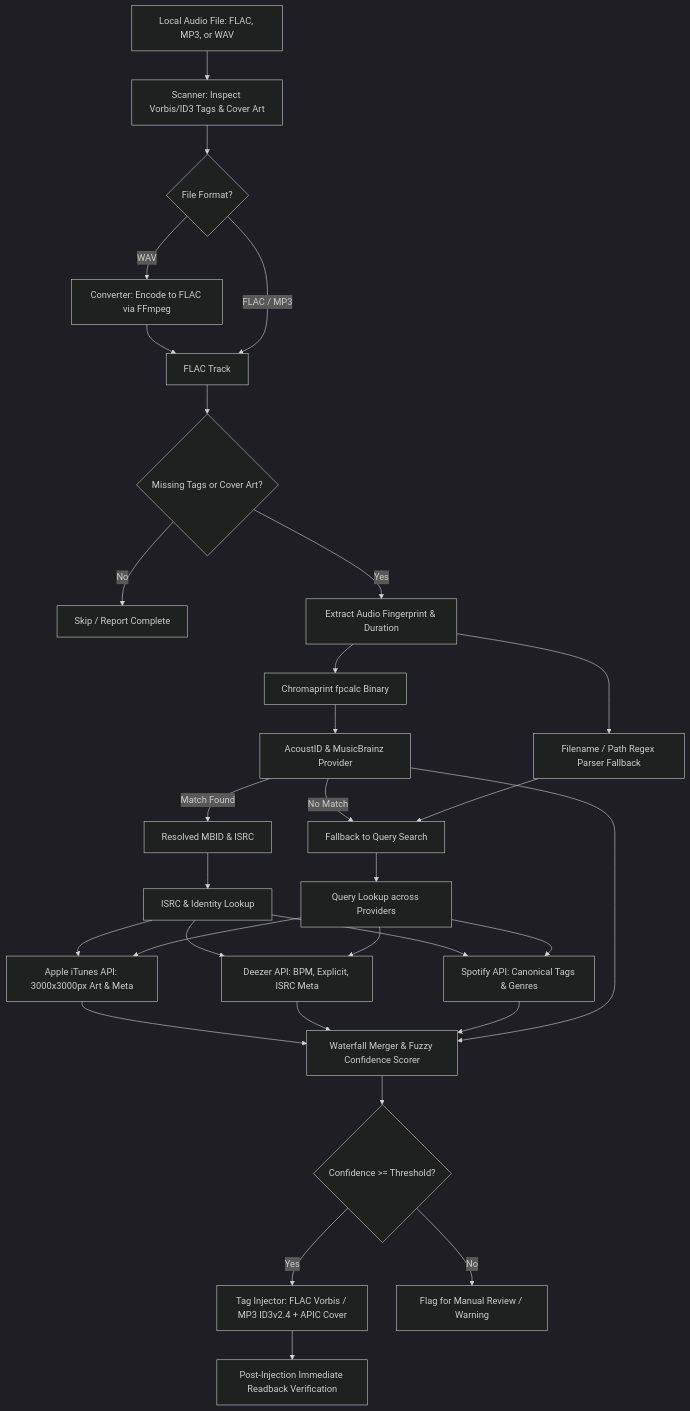
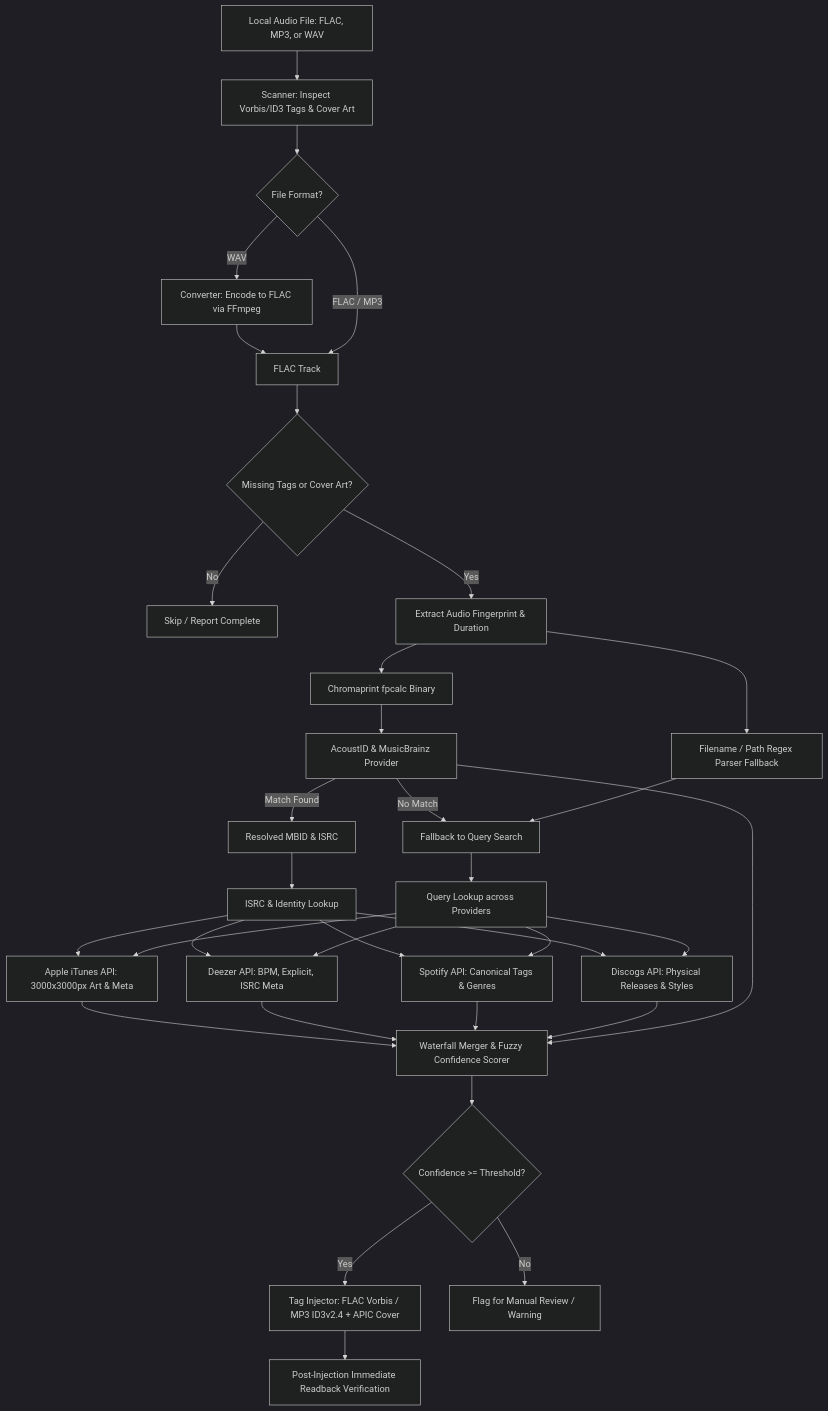
One commit to PeterMaks/Audio-inject changed the diagram in README.md. Above: the diagram before and after it, drawn with Mermaid (dark theme). The commit also changed other lines of this file and 8 other files, not shown here.

````diff
--- a/README.md
+++ b/README.md
@@ -28,39 +29,42 @@
 ```mermaid
 graph TD
     A[Local Audio File: FLAC, MP3, or WAV] --> B[Scanner: Inspect Vorbis/ID3 Tags & Cover Art]
     B --> C{File Format?}
     C -- WAV --> D[Converter: Encode to FLAC via FFmpeg]
     D --> E[FLAC Track]
     C -- FLAC / MP3 --> E
     E --> F{Missing Tags or Cover Art?}
     F -- No --> G[Skip / Report Complete]
     F -- Yes --> H[Extract Audio Fingerprint & Duration]
     H --> I[Chromaprint fpcalc Binary]
     H --> J[Filename / Path Regex Parser Fallback]
     
     I --> K[AcoustID & MusicBrainz Provider]
     K -->|Match Found| L[Resolved MBID & ISRC]
     K -->|No Match| M[Fallback to Query Search]
     
     J --> M
     L --> N[ISRC & Identity Lookup]
     M --> O[Query Lookup across Providers]
     
     N --> P[Apple iTunes API: 3000x3000px Art & Meta]
     N --> Q[Deezer API: BPM, Explicit, ISRC Meta]
     N --> R[Spotify API: Canonical Tags & Genres]
+    N --> D2[Discogs API: Physical Releases & Styles]
     
     O --> P
     O --> Q
     O --> R
+    O --> D2
     
     P --> S[Waterfall Merger & Fuzzy Confidence Scorer]
     Q --> S
     R --> S
+    D2 --> S
     K --> S
     
     S --> T{Confidence >= Threshold?}
     T -- Yes --> U[Tag Injector: FLAC Vorbis / MP3 ID3v2.4 + APIC Cover]
     T -- No --> V[Flag for Manual Review / Warning]
     U --> W[Post-Injection Immediate Readback Verification]
 ```
````
